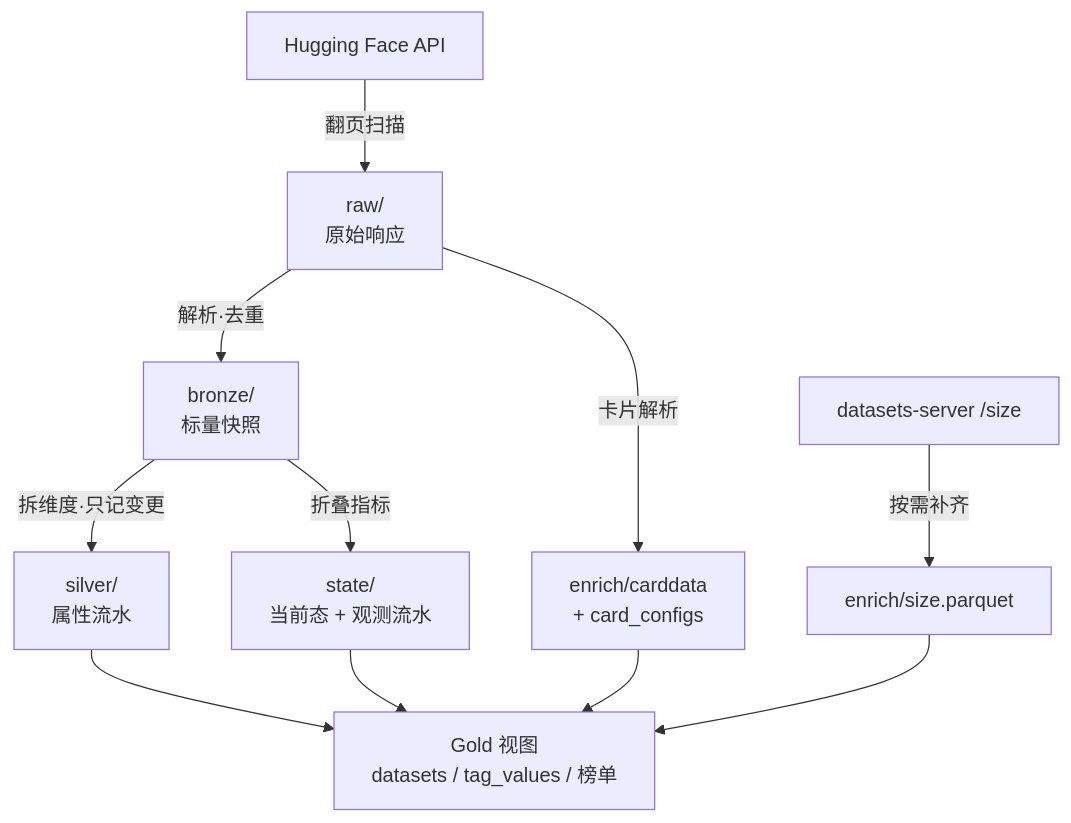
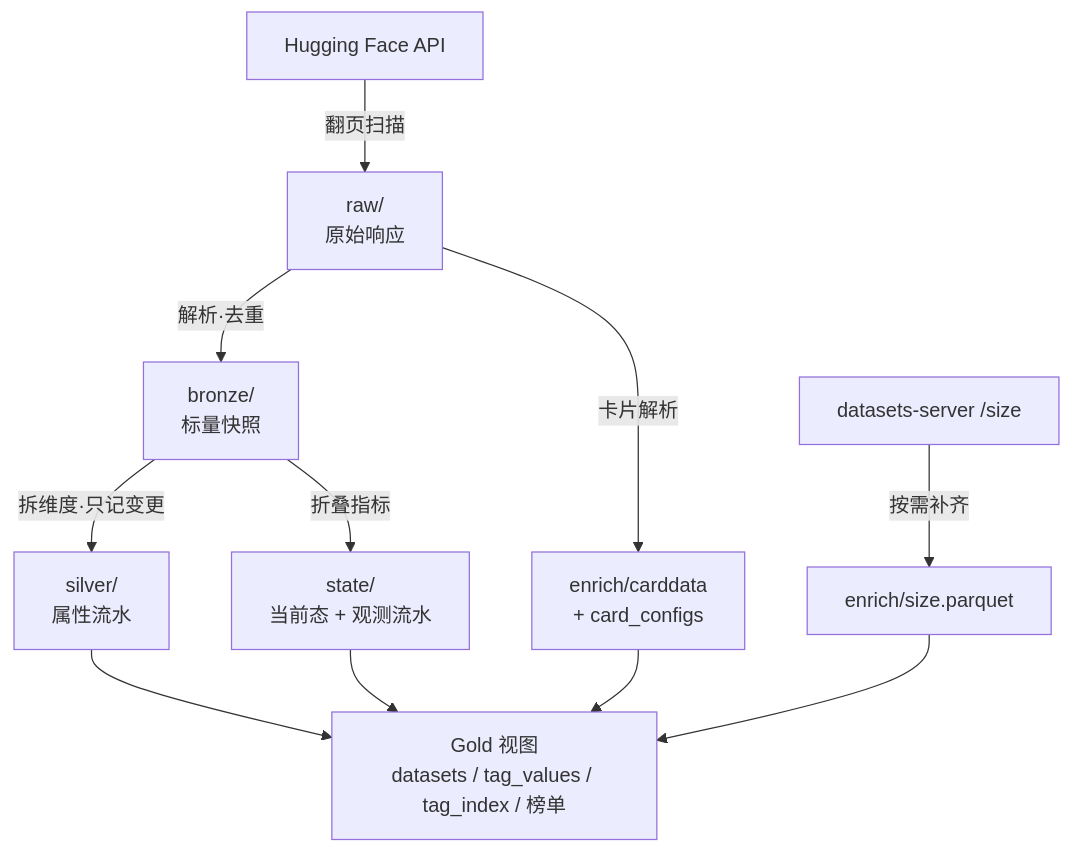
Before and after one commit to GaussAA/hf-data-crawl: the diagram in docs/DATA.md, drawn with Mermaid. The commit also changed other lines of this file and 10 other files, not shown here.

First line of the commit message:
fix(state): 补抓批次在状态层补位，另加任意前缀视图 tag_index

````diff
--- a/docs/DATA.md
+++ b/docs/DATA.md
@@ -9,13 +9,13 @@
 ```mermaid
 flowchart TD
   API["Hugging Face API"] -->|"翻页扫描"| RAW["raw/<br/>原始响应"]
   DS["datasets-server /size"] -->|"按需补齐"| SIZE["enrich/size.parquet"]
   RAW -->|"解析·去重"| BRONZE["bronze/<br/>标量快照"]
   BRONZE -->|"拆维度·只记变更"| SILVER["silver/<br/>属性流水"]
   BRONZE -->|"折叠指标"| STATE["state/<br/>当前态 + 观测流水"]
   RAW -->|"卡片解析"| ENRICH["enrich/carddata<br/>+ card_configs"]
-  SILVER --> GOLD["Gold 视图<br/>datasets / tag_values / 榜单"]
+  SILVER --> GOLD["Gold 视图<br/>datasets / tag_values / tag_index / 榜单"]
   STATE --> GOLD
   ENRICH --> GOLD
   SIZE --> GOLD
 ```
````
